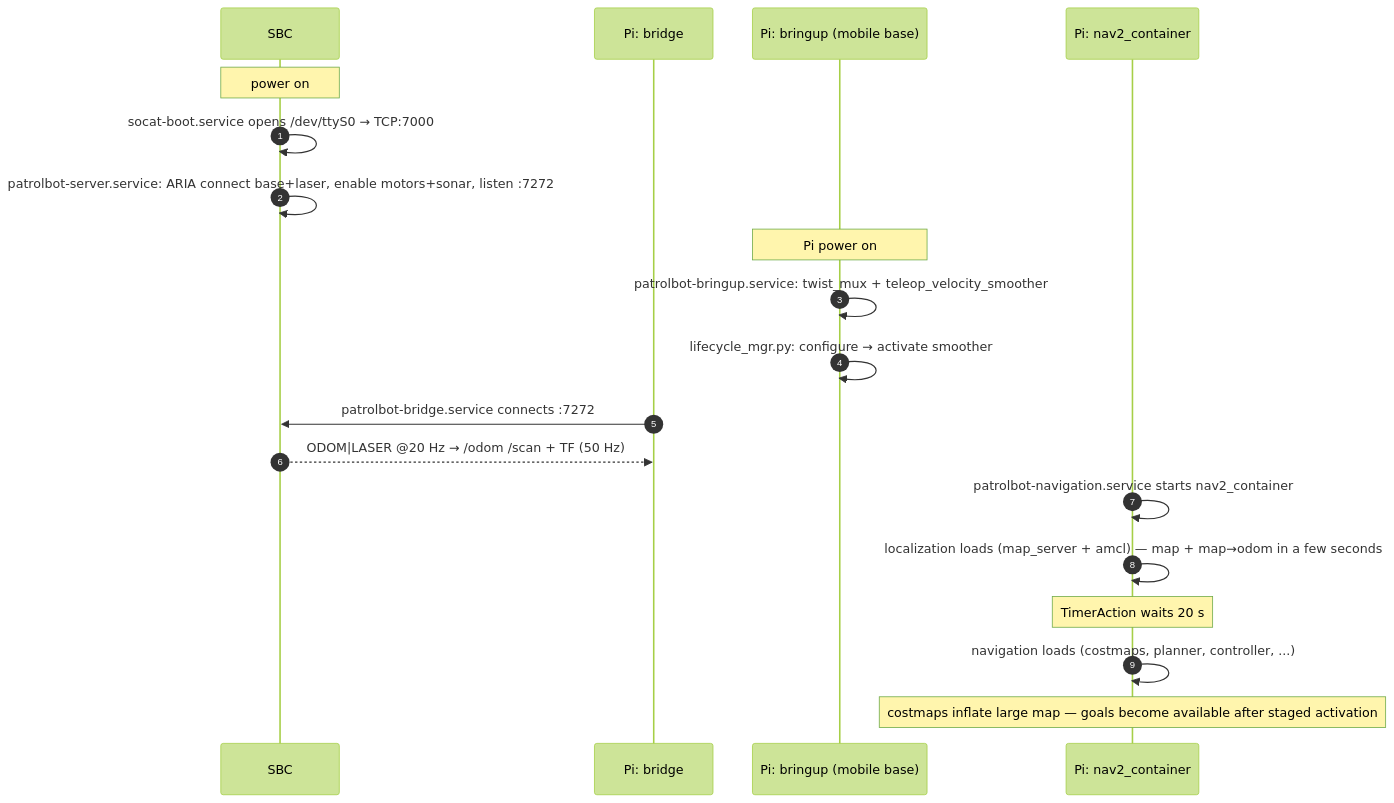
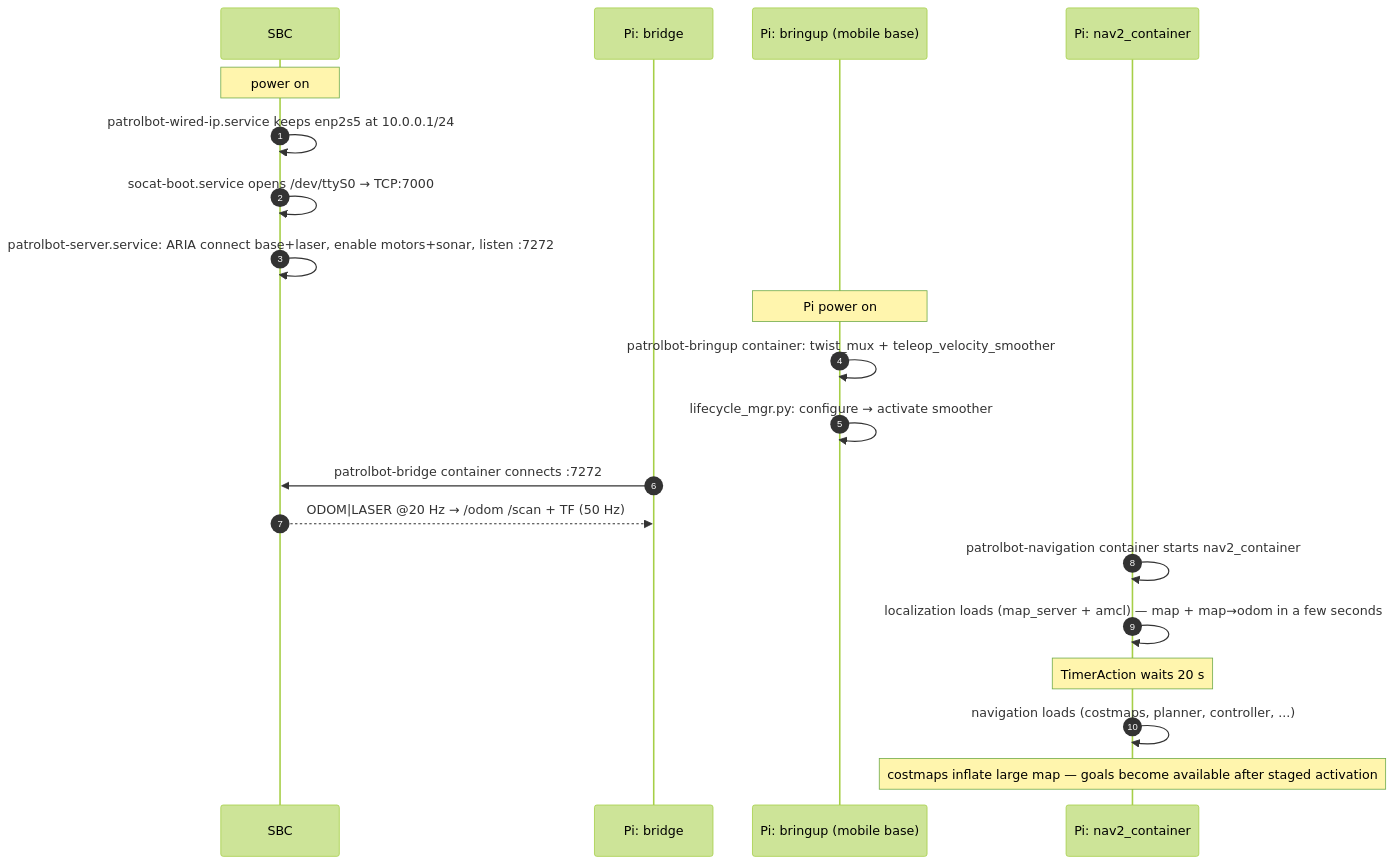
One commit to cmu-impactlab/patrolbot changed the diagram in docs/internals/startup-sequence.md. Above: the diagram before and after it, drawn with Mermaid (forest theme). The commit also changed other lines of this file and 52 other files, not shown here.

````diff
--- a/docs/internals/startup-sequence.md
+++ b/docs/internals/startup-sequence.md
@@ -13,24 +13,25 @@
 ```mermaid
 sequenceDiagram
     autonumber
     participant SBC as SBC
     participant Br as Pi: bridge
     participant Bs as Pi: bringup (mobile base)
     participant Nav as Pi: nav2_container
 
     Note over SBC: power on
+    SBC->>SBC: patrolbot-wired-ip.service keeps enp2s5 at 10.0.0.1/24
     SBC->>SBC: socat-boot.service opens /dev/ttyS0 → TCP:7000
     SBC->>SBC: patrolbot-server.service: ARIA connect base+laser, enable motors+sonar, listen :7272
 
     Note over Bs: Pi power on
-    Bs->>Bs: patrolbot-bringup.service: twist_mux + teleop_velocity_smoother
+    Bs->>Bs: patrolbot-bringup container: twist_mux + teleop_velocity_smoother
     Bs->>Bs: lifecycle_mgr.py: configure → activate smoother
-    Br->>SBC: patrolbot-bridge.service connects :7272
+    Br->>SBC: patrolbot-bridge container connects :7272
     SBC-->>Br: ODOM|LASER @20 Hz → /odom /scan + TF (50 Hz)
 
-    Nav->>Nav: patrolbot-navigation.service starts nav2_container
+    Nav->>Nav: patrolbot-navigation container starts nav2_container
     Nav->>Nav: localization loads (map_server + amcl) — map + map→odom in a few seconds
     Note over Nav: TimerAction waits 20 s
     Nav->>Nav: navigation loads (costmaps, planner, controller, ...)
 	    Note over Nav: costmaps inflate large map — goals become available after staged activation
 ```
````
